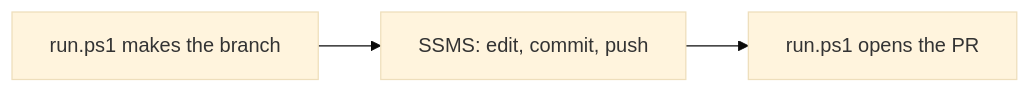
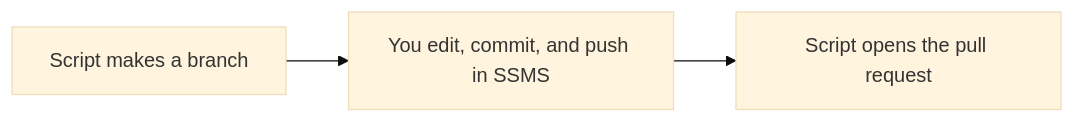
Before and after one commit to amyabelsql/DayOfData_Portland_2026: the diagram in 02_SSMS/README.md, drawn with Mermaid (base theme). The commit also changed other lines of this file and 35 other files, not shown here.

````diff
--- a/02_SSMS/README.md
+++ b/02_SSMS/README.md
@@ -18,4 +24,4 @@
 ```mermaid
 flowchart LR
-    B[run.ps1 makes the branch] --> S[SSMS: edit, commit, push] --> P[run.ps1 opens the PR]
+    B[Script makes a branch] --> S[You edit, commit, and push in SSMS] --> P[Script opens the pull request]
 ```
````
